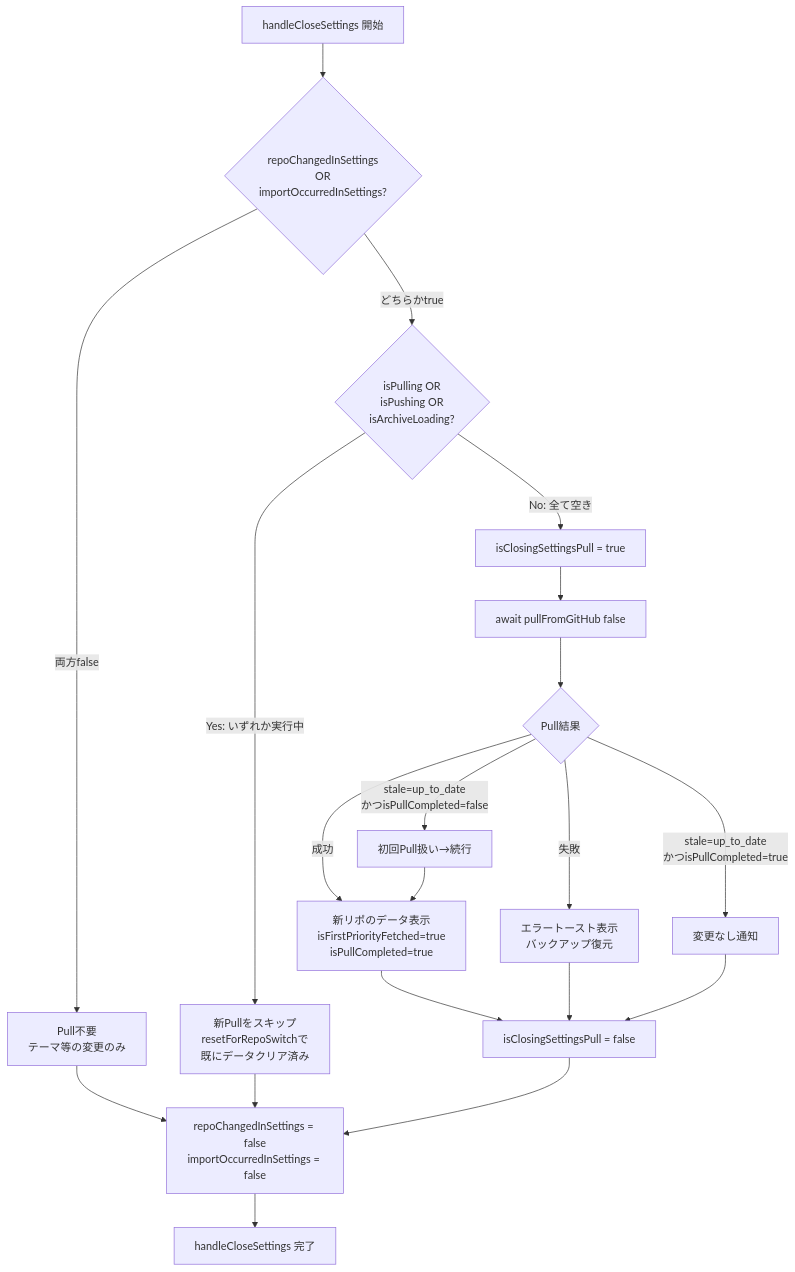
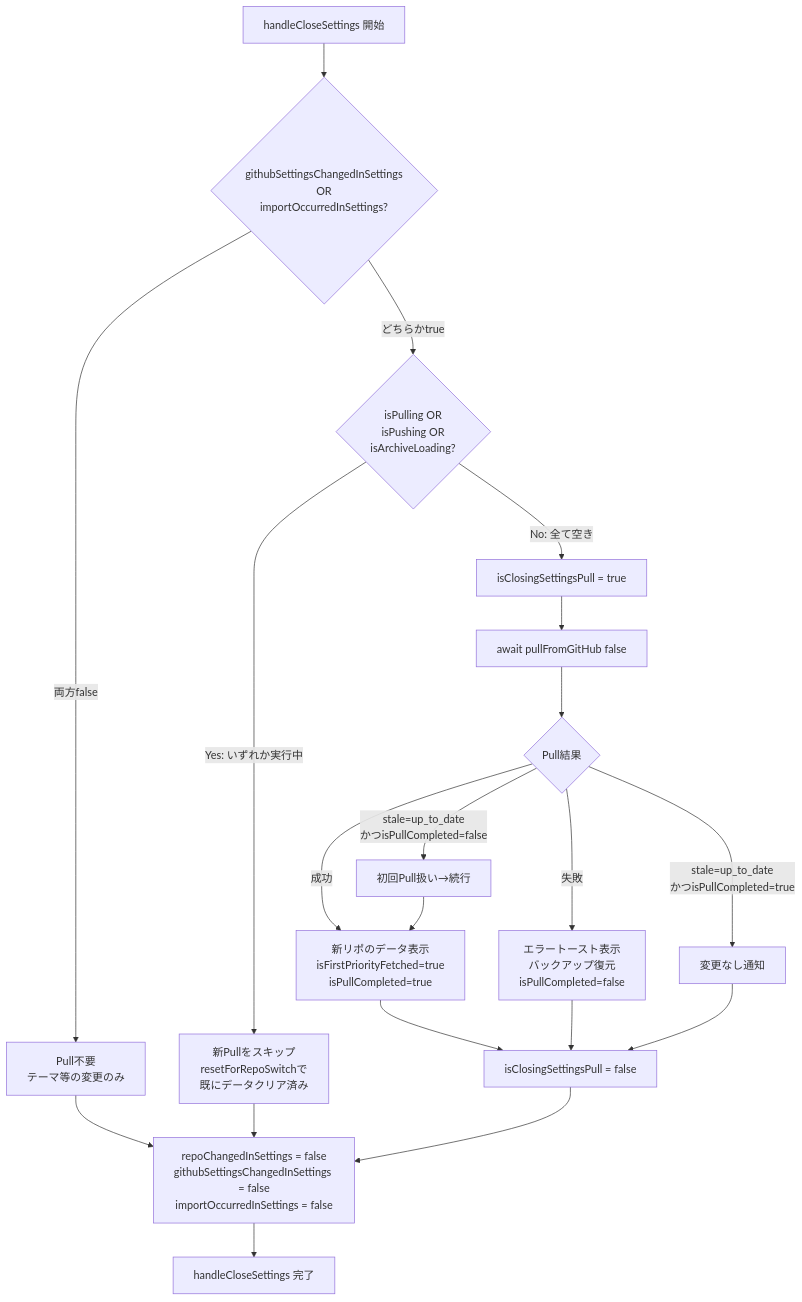
The fifth of 6 diagrams in docs/development/sync/push-pull.md (kako-jun/agasteer), drawn with Mermaid before and after one commit. The commit also changed other lines of this file and 2 other files, not shown here.

````diff
--- a/docs/development/sync/push-pull.md
+++ b/docs/development/sync/push-pull.md
@@ -757,29 +771,29 @@
 ```mermaid
 flowchart TD
-    Start[handleCloseSettings 開始] --> CheckFlags{repoChangedInSettings<br/>OR<br/>importOccurredInSettings?}
+    Start[handleCloseSettings 開始] --> CheckFlags{githubSettingsChangedInSettings<br/>OR<br/>importOccurredInSettings?}
 
     CheckFlags -->|両方false| SkipPull[Pull不要<br/>テーマ等の変更のみ]
     SkipPull --> ClearFlags
 
     CheckFlags -->|どちらかtrue| CheckSync{isPulling OR<br/>isPushing OR<br/>isArchiveLoading?}
 
     CheckSync -->|Yes: いずれか実行中| SkipSafe[新Pullをスキップ<br/>resetForRepoSwitchで<br/>既にデータクリア済み]
     SkipSafe --> ClearFlags
 
     CheckSync -->|No: 全て空き| SetClosing[isClosingSettingsPull = true]
     SetClosing --> Pull[await pullFromGitHub false]
 
     Pull --> PullResult{Pull結果}
     PullResult -->|成功| NewData[新リポのデータ表示<br/>isFirstPriorityFetched=true<br/>isPullCompleted=true]
-    PullResult -->|失敗| ErrorHandle[エラートースト表示<br/>バックアップ復元]
+    PullResult -->|失敗| ErrorHandle[エラートースト表示<br/>バックアップ復元<br/>isPullCompleted=false]
     PullResult -->|stale=up_to_date<br/>かつisPullCompleted=true| NoChange[変更なし通知]
     PullResult -->|stale=up_to_date<br/>かつisPullCompleted=false| Continue[初回Pull扱い→続行]
     Continue --> NewData
 
     NewData --> ResetClosing[isClosingSettingsPull = false]
     ErrorHandle --> ResetClosing
     NoChange --> ResetClosing
 
-    ResetClosing --> ClearFlags[repoChangedInSettings = false<br/>importOccurredInSettings = false]
+    ResetClosing --> ClearFlags[repoChangedInSettings = false<br/>githubSettingsChangedInSettings = false<br/>importOccurredInSettings = false]
     ClearFlags --> End[handleCloseSettings 完了]
 ```
````
